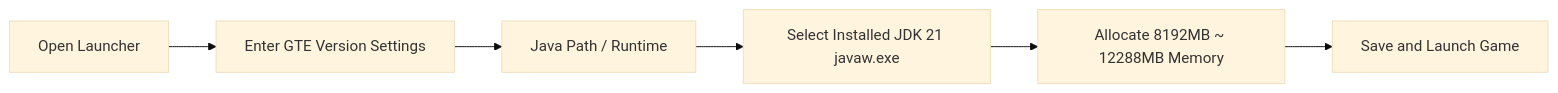
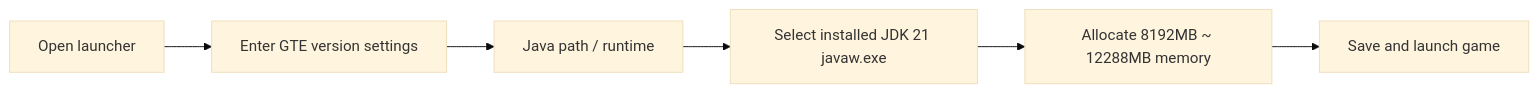
One commit to takanashisatou/GregtechEasy changed the diagram in docs/en/download-and-play/lazy-pack.md. Above: the diagram before and after it, drawn with Mermaid (base theme). The commit also changed other lines of this file and 144 other files, not shown here.

````diff
--- a/docs/en/download-and-play/lazy-pack.md
+++ b/docs/en/download-and-play/lazy-pack.md
@@ -57,8 +57,8 @@
 ```mermaid
 graph LR
-    A[Open Launcher] --> B[Enter GTE Version Settings]
-    B --> C[Java Path / Runtime]
-    C --> D[Select Installed JDK 21 javaw.exe]
-    D --> E[Allocate 8192MB ~ 12288MB Memory]
-    E --> F[Save and Launch Game]
+    A[Open launcher] --> B[Enter GTE version settings]
+    B --> C[Java path / runtime]
+    C --> D[Select installed JDK 21 javaw.exe]
+    D --> E[Allocate 8192MB ~ 12288MB memory]
+    E --> F[Save and launch game]
 ```
````
